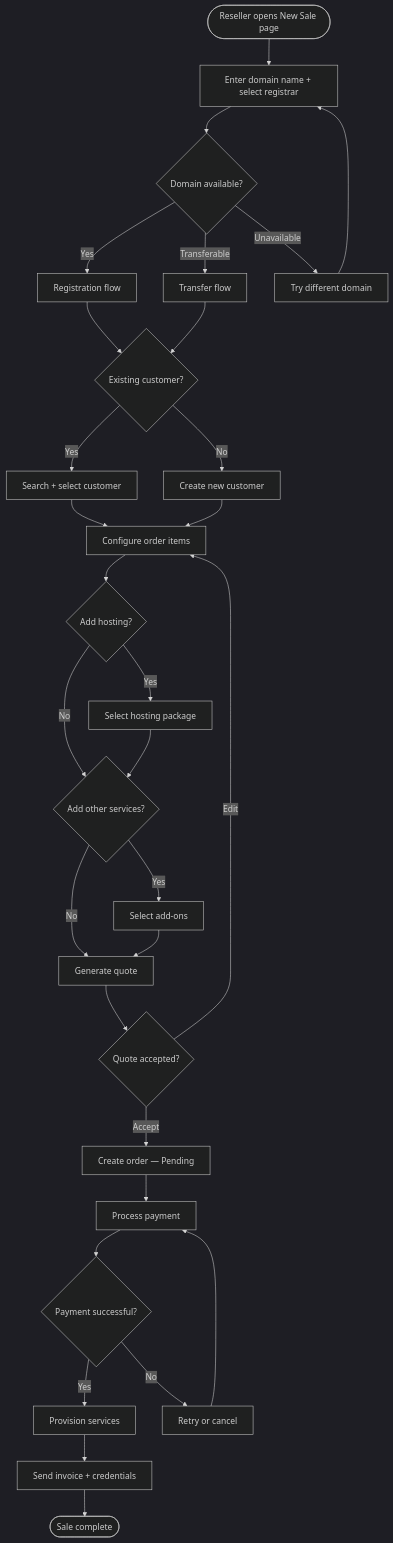
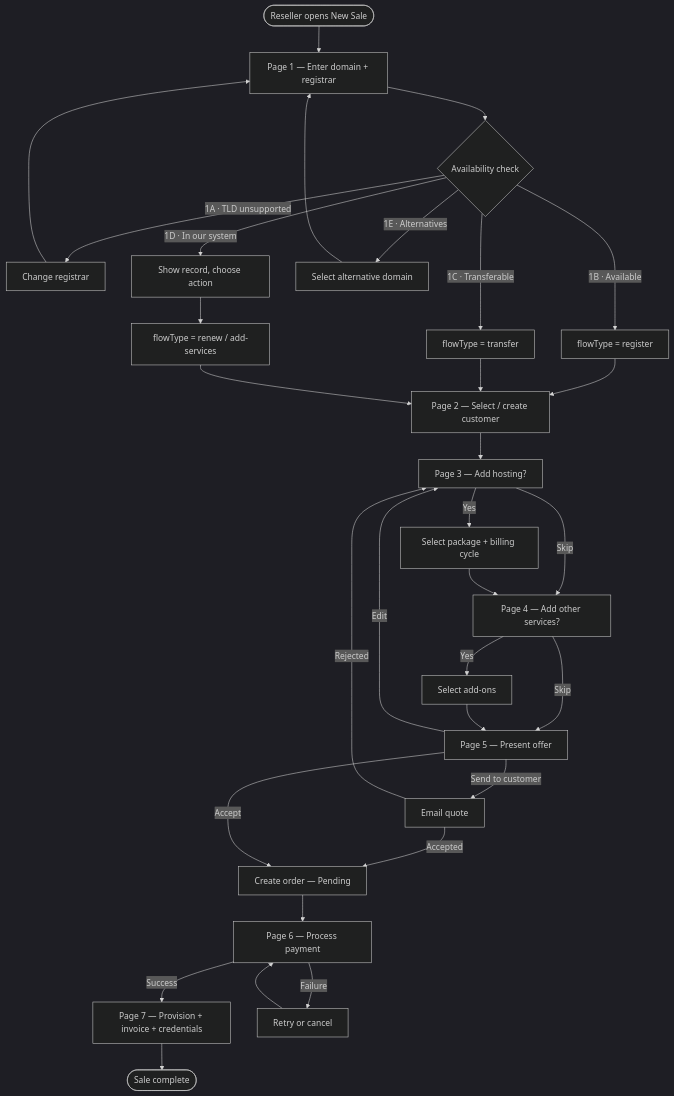
One commit to hansos/DR_Admin changed the ninth of 9 diagrams in Documentation/SalesWorkflow.md. Above: the diagram before and after it, drawn with Mermaid (dark theme). The commit also changed other lines of this file and 1 other file, not shown here.

First line of the commit message:
Add detailed SalesWorkflow documentation for reseller flow

````diff
--- a/Documentation/SalesWorkflow.md
+++ b/Documentation/SalesWorkflow.md
@@ -260,40 +322,38 @@
 ```mermaid
 flowchart TD
-    Start(["Reseller opens New Sale page"]) --> CheckDomain["Enter domain name + select registrar"]
-    CheckDomain --> Availability{"Domain available?"}
+    Start(["Reseller opens New Sale"]) --> P1["Page 1 — Enter domain + registrar"]
+    P1 --> Check{"Availability check"}
 
-    Availability -->|Yes| RegFlow["Registration flow"]
-    Availability -->|Transferable| TransFlow["Transfer flow"]
-    Availability -->|Unavailable| TryAgain["Try different domain"]
-    TryAgain --> CheckDomain
+    Check -->|1A · TLD unsupported| ChangeReg["Change registrar"]
+    ChangeReg --> P1
+    Check -->|1B · Available| SetReg["flowType = register"]
+    Check -->|1C · Transferable| SetTrans["flowType = transfer"]
+    Check -->|1D · In our system| Inform["Show record, choose action"]
+    Inform --> SetExist["flowType = renew / add-services"]
+    Check -->|1E · Alternatives| SelectAlt["Select alternative domain"]
+    SelectAlt --> P1
 
-    RegFlow --> Customer{"Existing customer?"}
-    TransFlow --> Customer
+    SetReg --> P2["Page 2 — Select / create customer"]
+    SetTrans --> P2
+    SetExist --> P2
 
-    Customer -->|Yes| Search["Search + select customer"]
-    Customer -->|No| Create["Create new customer"]
+    P2 --> P3["Page 3 — Add hosting?"]
+    P3 -->|Yes| SelectPkg["Select package + billing cycle"]
+    P3 -->|Skip| P4
+    SelectPkg --> P4["Page 4 — Add other services?"]
+    P4 -->|Yes| SelectSvc["Select add-ons"]
+    P4 -->|Skip| P5
+    SelectSvc --> P5["Page 5 — Present offer"]
 
-    Search --> Configure["Configure order items"]
-    Create --> Configure
+    P5 -->|Edit| P3
+    P5 -->|Send to customer| EmailQuote["Email quote"]
+    EmailQuote -->|Accepted| Accept
+    EmailQuote -->|Rejected| P3
+    P5 -->|Accept| Accept["Create order — Pending"]
 
-    Configure --> AddHosting{"Add hosting?"}
-    AddHosting -->|Yes| SelectPkg["Select hosting package"]
-    AddHosting -->|No| AddOns{"Add other services?"}
-    SelectPkg --> AddOns
-    AddOns -->|Yes| SelectAddOn["Select add-ons"]
-    AddOns -->|No| Quote["Generate quote"]
-    SelectAddOn --> Quote
-
-    Quote --> ReviewQuote{"Quote accepted?"}
-    ReviewQuote -->|Edit| Configure
-    ReviewQuote -->|Accept| PlaceOrder["Create order — Pending"]
-
-    PlaceOrder --> Payment["Process payment"]
-    Payment --> PayResult{"Payment successful?"}
-    PayResult -->|Yes| Provision["Provision services"]
-    PayResult -->|No| RetryPay["Retry or cancel"]
-    RetryPay --> Payment
-
-    Provision --> Notify["Send invoice + credentials"]
-    Notify --> Done(["Sale complete"])
+    Accept --> P6["Page 6 — Process payment"]
+    P6 -->|Success| P7["Page 7 — Provision + invoice + credentials"]
+    P6 -->|Failure| Retry["Retry or cancel"]
+    Retry --> P6
+    P7 --> Done(["Sale complete"])
 ```
````
